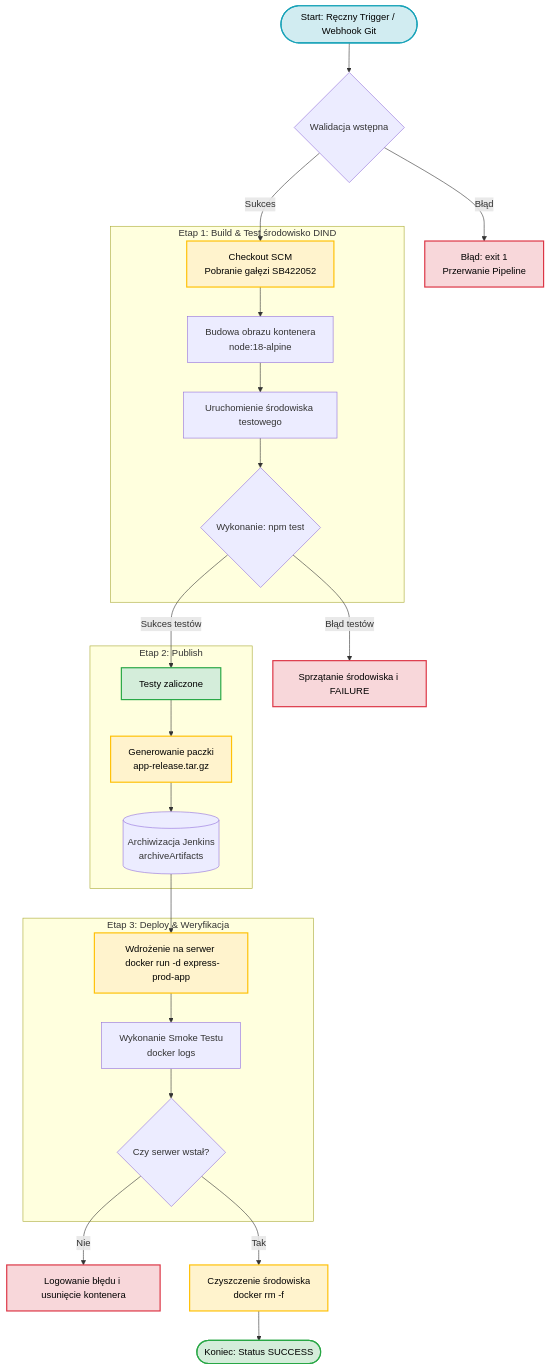
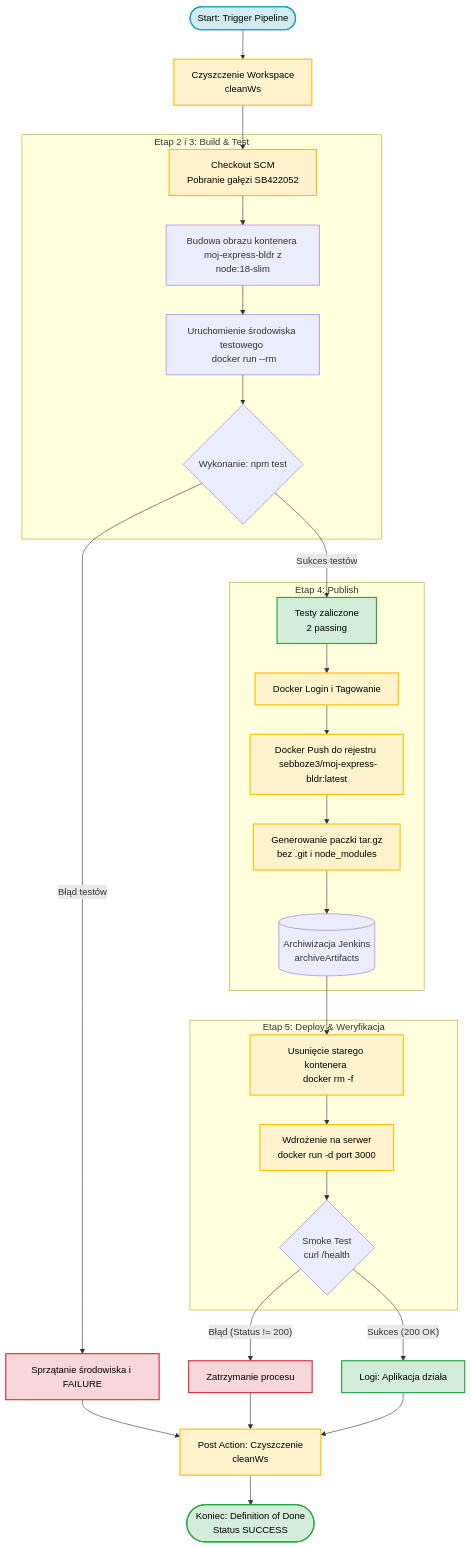
Before and after one commit to InzynieriaOprogramowaniaAGH/MDO2026s_ITE: the diagram in ITE/GCL1/SB422052/Sprawozdanie1/README.md, drawn with Mermaid. The commit also changed 11 other files, not shown here.

````diff
--- a/ITE/GCL1/SB422052/Sprawozdanie1/README.md
+++ b/ITE/GCL1/SB422052/Sprawozdanie1/README.md
@@ -140,36 +140,41 @@
 ```mermaid
 graph TD
     classDef success fill:#d4edda,stroke:#28a745,stroke-width:2px,color:#000;
     classDef fail fill:#f8d7da,stroke:#dc3545,stroke-width:2px,color:#000;
     classDef info fill:#d1ecf1,stroke:#17a2b8,stroke-width:2px,color:#000;
     classDef action fill:#fff3cd,stroke:#ffc107,stroke-width:2px,color:#000;
 
-    A([Start: Ręczny Trigger / Webhook Git]):::info --> B{Walidacja wstępna <br> }
+    A([Start: Trigger Pipeline]):::info --> B[Czyszczenie Workspace <br> cleanWs]:::action
+    B --> C[Checkout SCM <br> Pobranie gałęzi SB422052]:::action
 
-    B -- Błąd  --> ERR1[Błąd: exit 1 <br> Przerwanie Pipeline]:::fail
-    B -- Sukces --> C[Checkout SCM <br> Pobranie gałęzi SB422052]:::action
-
-    subgraph Krok_1 [Etap 1: Build & Test środowisko DIND]
-        C --> D[Budowa obrazu kontenera <br> node:18-alpine]
-        D --> E[Uruchomienie środowiska testowego]
-        E --> F{Wykonanie: npm test}
+    subgraph Krok_1 [Etap 2 i 3: Build & Test]
+        C --> D[Budowa obrazu kontenera <br> moj-express-bldr z node:18-slim]
+        D --> E[Uruchomienie środowiska testowego <br> docker run --rm]
+        E --> F{Wykonanie: npm test }
     end
 
-    F -- Błąd testów --> ERR2[Sprzątanie środowiska i FAILURE]:::fail
-    F -- Sukces testów --> G[Testy zaliczone]:::success
+    F -- Błąd testów --> ERR1[Sprzątanie środowiska i FAILURE]:::fail
+    F -- Sukces testów --> G[Testy zaliczone <br> 2 passing]:::success
 
-    subgraph Krok_2 [Etap 2: Publish]
-        G --> H[Generowanie paczki <br> app-release.tar.gz]:::action
-        H --> I[(Archiwizacja Jenkins <br> archiveArtifacts)]
+    subgraph Krok_2 [Etap 4: Publish]
+        G --> H1[Docker Login i Tagowanie]:::action
+        H1 --> H2[Docker Push do rejestru <br> sebboze3/moj-express-bldr:latest]:::action
+        H2 --> I1[Generowanie paczki tar.gz <br> bez .git i node_modules]:::action
+        I1 --> I2[(Archiwizacja Jenkins <br> archiveArtifacts)]
     end
 
-    subgraph Krok_3 [Etap 3: Deploy & Weryfikacja]
-        I --> J[Wdrożenie na serwer <br> docker run -d express-prod-app]:::action
-        J --> K[Wykonanie Smoke Testu <br> docker logs]
-        K --> L{Czy serwer wstał?}
+    subgraph Krok_3 [Etap 5: Deploy & Weryfikacja]
+        I2 --> J[Usunięcie starego kontenera <br> docker rm -f]:::action
+        J --> K[Wdrożenie na serwer <br> docker run -d port 3000]:::action
+        K --> L{Smoke Test <br> curl /health}
     end
 
-    L -- Nie --> ERR3[Logowanie błędu i usunięcie kontenera]:::fail
-    L -- Tak --> M[Czyszczenie środowiska <br> docker rm -f]:::action
-    M --> N([Koniec: Status SUCCESS]):::success
+    L -- Błąd (Status != 200) --> ERR2[Zatrzymanie procesu]:::fail
+    L -- Sukces (200 OK) --> M[Logi: Aplikacja działa]:::success
+    
+    M --> N[Post Action: Czyszczenie <br> cleanWs]:::action
+    ERR1 --> N
+    ERR2 --> N
+    
+    N --> O([Koniec: Definition of Done <br> Status SUCCESS]):::success
 ```
````
